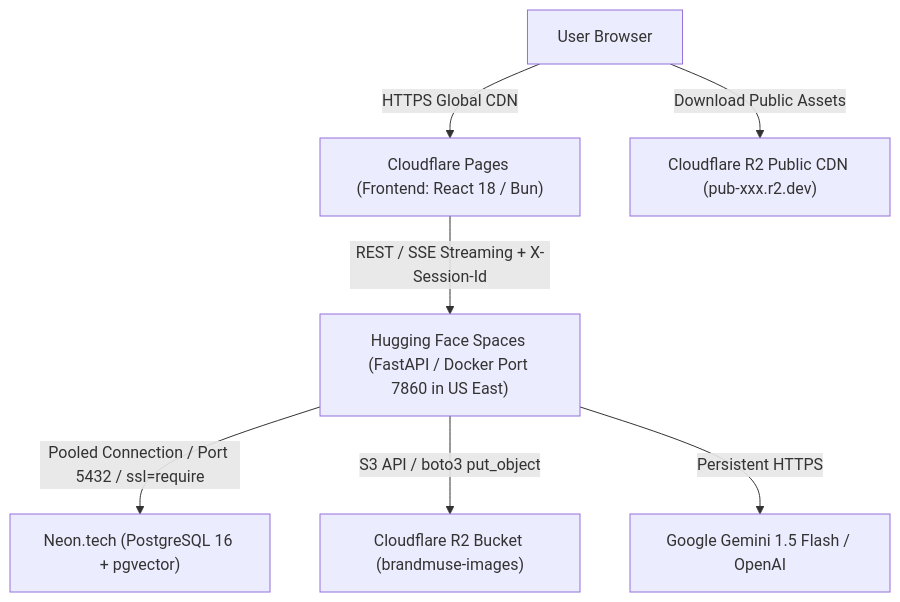
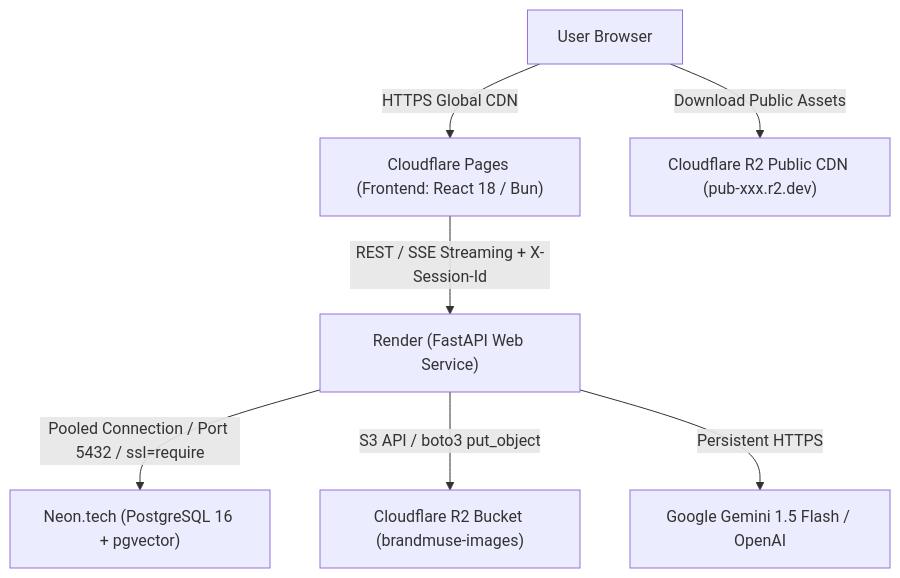
The diagram in DEPLOYMENT_NEON_R2.md (rflishrl/brandmuse), drawn with Mermaid before and after one commit. The commit also changed other lines of this file and 3 other files, not shown here.

````diff
--- a/DEPLOYMENT_NEON_R2.md
+++ b/DEPLOYMENT_NEON_R2.md
@@ -13,9 +13,9 @@
 ```mermaid
 graph TD
     User["User Browser"] -->|HTTPS Global CDN| Pages["Cloudflare Pages (Frontend: React 18 / Bun)"]
-    Pages -->|REST / SSE Streaming + X-Session-Id| HF["Hugging Face Spaces (FastAPI / Docker Port 7860 in US East)"]
-    HF -->|Pooled Connection / Port 5432 / ssl=require| Neon["Neon.tech (PostgreSQL 16 + pgvector)"]
-    HF -->|S3 API / boto3 put_object| R2["Cloudflare R2 Bucket (brandmuse-images)"]
-    HF -->|Persistent HTTPS| AI["Google Gemini 1.5 Flash / OpenAI"]
+    Pages -->|REST / SSE Streaming + X-Session-Id| Render["Render (FastAPI Web Service)"]
+    Render -->|Pooled Connection / Port 5432 / ssl=require| Neon["Neon.tech (PostgreSQL 16 + pgvector)"]
+    Render -->|S3 API / boto3 put_object| R2["Cloudflare R2 Bucket (brandmuse-images)"]
+    Render -->|Persistent HTTPS| AI["Google Gemini 1.5 Flash / OpenAI"]
     User -->|Download Public Assets| R2Public["Cloudflare R2 Public CDN (pub-xxx.r2.dev)"]
 ```
````
